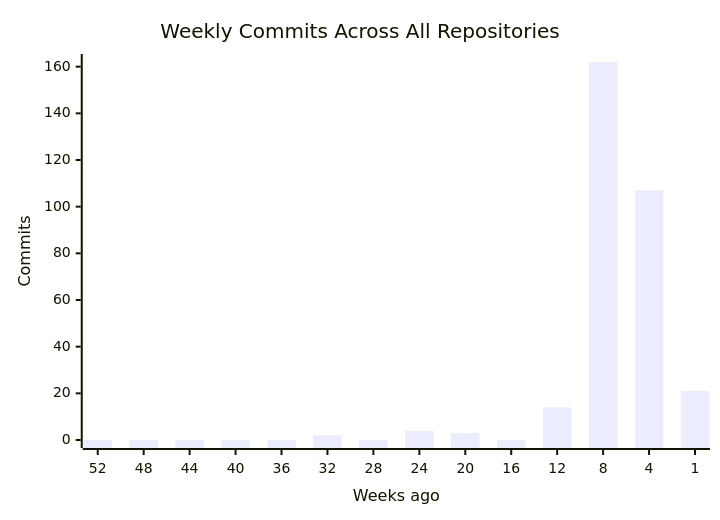
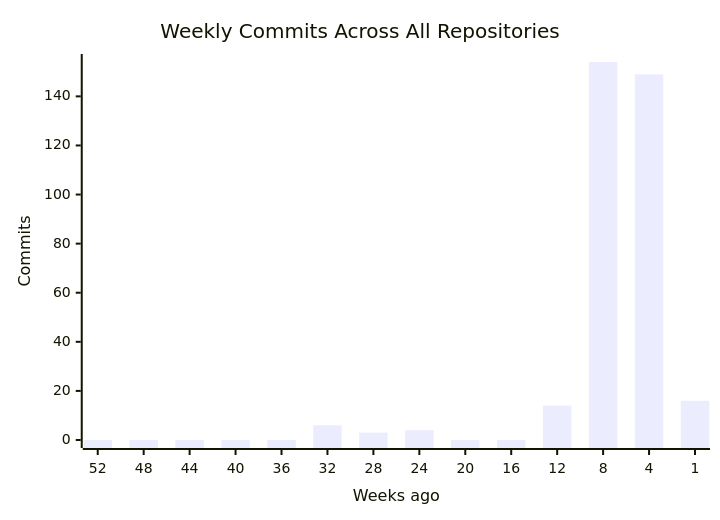
The first of 4 diagrams in profile/README.md (CSTH-Projects/.github), drawn with Mermaid before and after one commit. The commit also changed other lines of this file, not shown here.

````diff
--- a/profile/README.md
+++ b/profile/README.md
@@ -16,7 +16,7 @@
 ```mermaid
 xychart-beta
     title "Weekly Commits Across All Repositories"
     x-axis "Weeks ago" [52, 48, 44, 40, 36, 32, 28, 24, 20, 16, 12, 8, 4, 1]
     y-axis "Commits"
-    bar [0, 0, 0, 0, 0, 2, 0, 4, 3, 0, 14, 162, 107, 21]
+    bar [0, 0, 0, 0, 0, 6, 3, 4, 0, 0, 14, 154, 149, 16]
 ```
````
